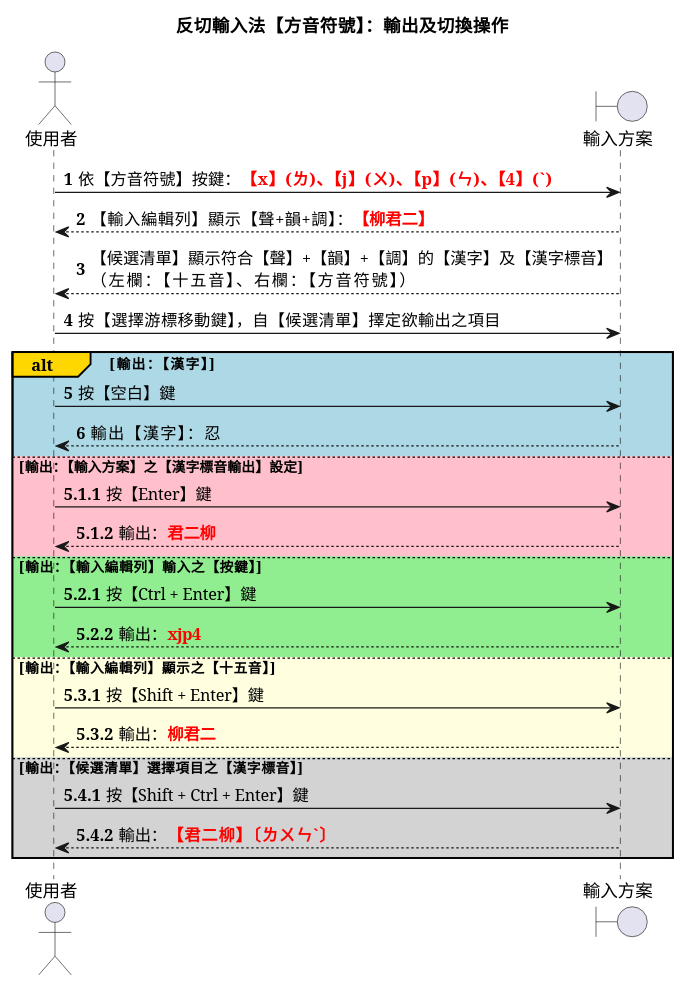
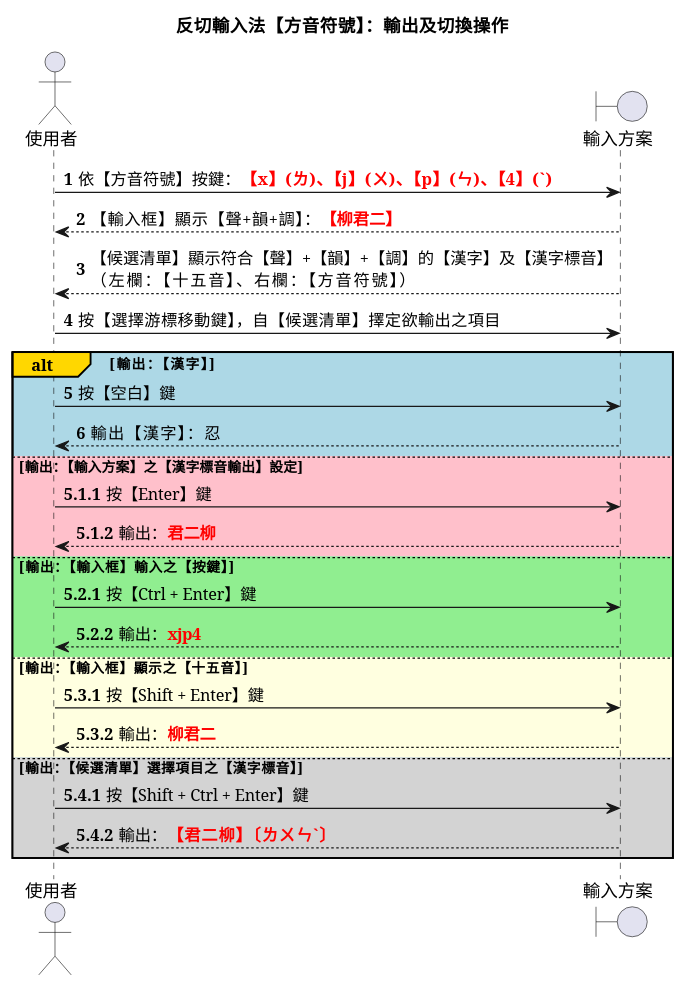
Before and after one commit to AlanJui/rime-tlpa: the sixth of 12 diagrams in docs/320_反切輸入法【方音符號】設計規格.md, drawn with PlantUML. The commit also changed other lines of this file and 16 other files, not shown here.

````diff
--- a/docs/320_反切輸入法【方音符號】設計規格.md
+++ b/docs/320_反切輸入法【方音符號】設計規格.md
@@ -304,40 +304,40 @@
 ```plantuml
 @startuml
 title 反切輸入法【方音符號】：輸出及切換操作
 actor 使用者 as user
 boundary 輸入方案 as ime
 autonumber
 
 user -> ime : 依【方音符號】按鍵：<font color=red><b>【x】(ㄌ)、【j】(ㄨ)、【p】(ㄣ)、【4】(ˋ)
-ime --> user : 【輸入編輯列】顯示【聲+韻+調】：<font color=red><b>【柳君二】
+ime --> user : 【輸入框】顯示【聲+韻+調】：<font color=red><b>【柳君二】
 ime --> user : 【候選清單】顯示符合【聲】+【韻】+【調】的【漢字】及【漢字標音】\n（左欄：【十五音】、右欄：【方音符號】）
 
 user -> ime : 按【選擇游標移動鍵】，自【候選清單】擇定欲輸出之項目
 
 alt#Gold #LightBlue 輸出：【漢字】
     user -> ime : 按【空白】鍵
     ime --> user : 輸出【漢字】：忍
 
 autonumber 5.1.1
 else #Pink 輸出：【輸入方案】之【漢字標音輸出】設定
     user -> ime : 按【Enter】鍵
     ime --> user : 輸出：<font color=red><b>君二柳
 
 autonumber 5.2.1
-else #LightGreen 輸出：【輸入編輯列】輸入之【按鍵】
+else #LightGreen 輸出：【輸入框】輸入之【按鍵】
     user -> ime : 按【Ctrl + Enter】鍵
     ime --> user : 輸出：<font color=red><b>xjp4
 
 autonumber 5.3.1
-else #LightYellow 輸出：【輸入編輯列】顯示之【十五音】
+else #LightYellow 輸出：【輸入框】顯示之【十五音】
     user -> ime : 按【Shift + Enter】鍵
     ime --> user : 輸出：<font color=red><b>柳君二
 
 autonumber 5.4.1
 else #LightGrey 輸出：【候選清單】選擇項目之【漢字標音】
     user -> ime : 按【Shift + Ctrl + Enter】鍵
     ime --> user : 輸出：<font color=red><b>【君二柳】〔ㄌㄨㄣˋ〕
 end
 
 @enduml
 ```
````
